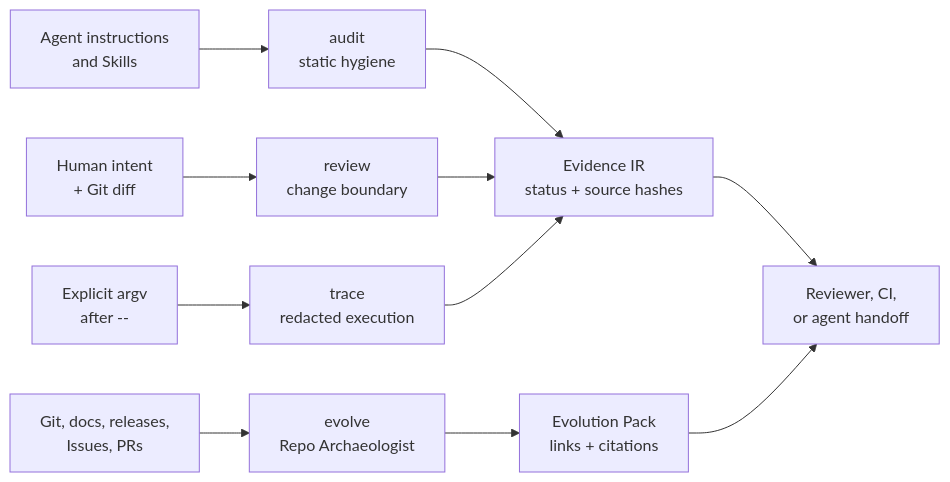
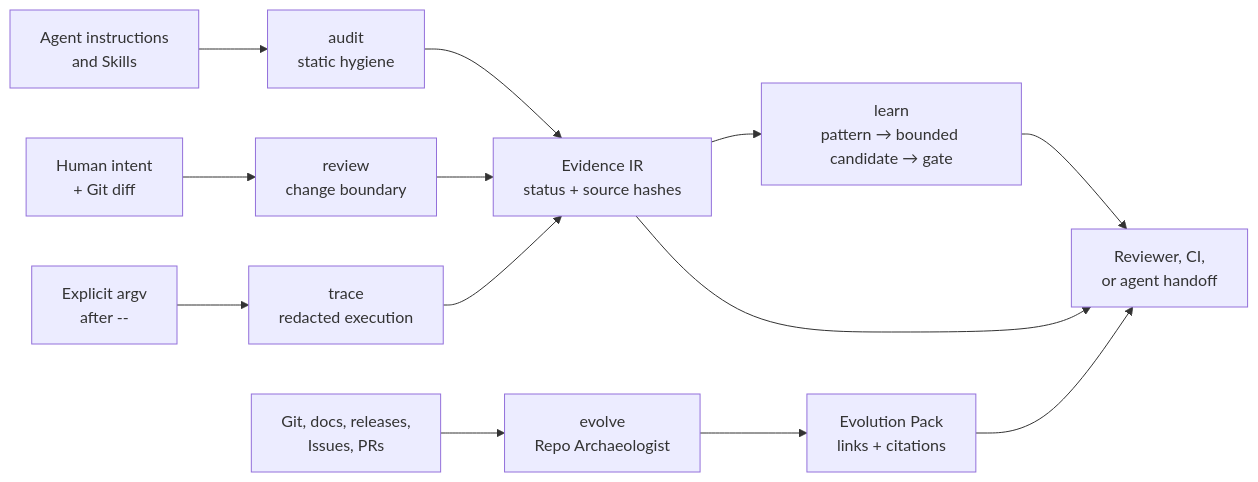
The diagram in README.md (AdvancingTitans/agent-engineering-toolkit), drawn with Mermaid before and after one commit. The commit also changed other lines of this file and 18 other files, not shown here.

````diff
--- a/README.md
+++ b/README.md
@@ -59,13 +62,15 @@
 ```mermaid
 flowchart LR
   A["Agent instructions\nand Skills"] --> B["audit\nstatic hygiene"]
   C["Human intent\n+ Git diff"] --> D["review\nchange boundary"]
   E["Explicit argv\nafter --"] --> F["trace\nredacted execution"]
   G["Git, docs, releases,\nIssues, PRs"] --> H["evolve\nRepo Archaeologist"]
   B --> I["Evidence IR\nstatus + source hashes"]
   D --> I
   F --> I
   H --> J["Evolution Pack\nlinks + citations"]
+  I --> L["learn\npattern → bounded candidate → gate"]
+  L --> K
   I --> K["Reviewer, CI,\nor agent handoff"]
   J --> K
 ```
````
